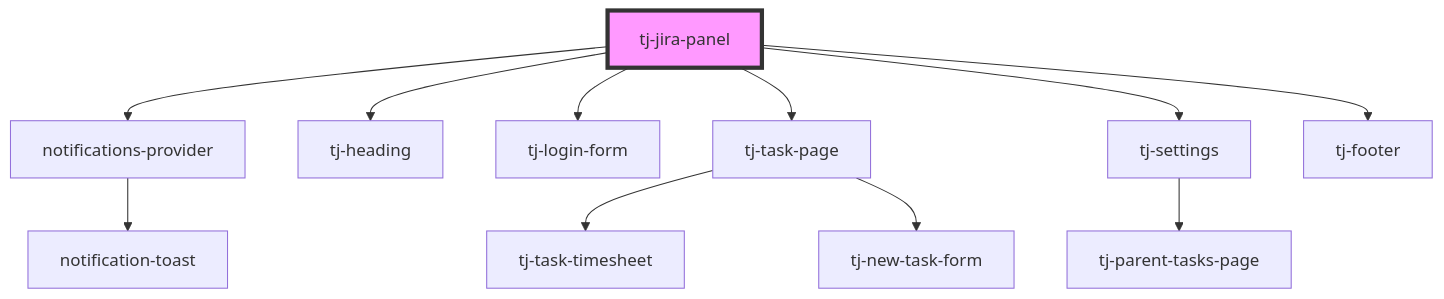
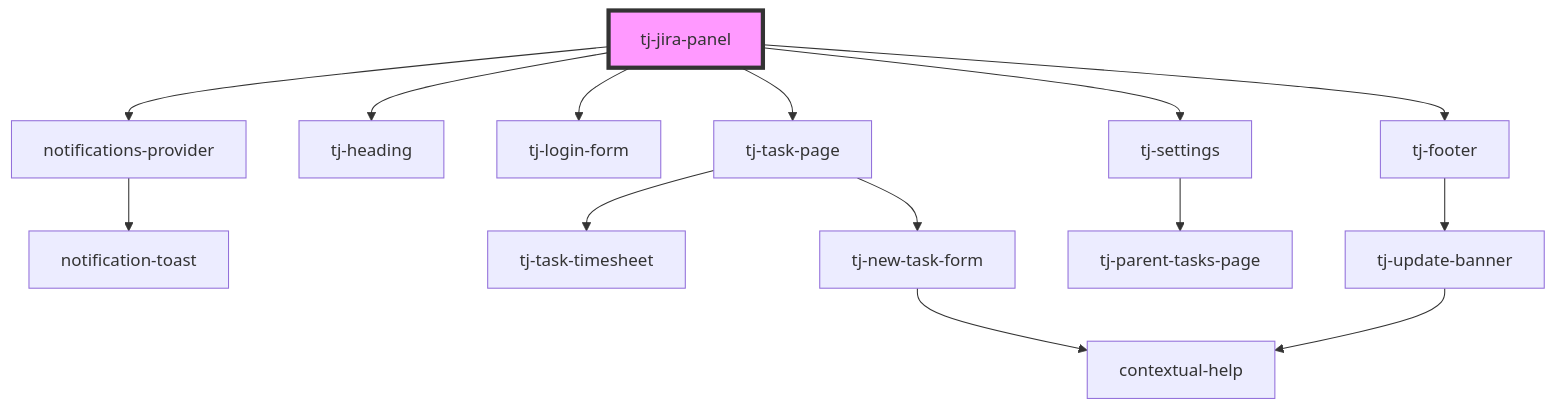
The diagram in src/components/tj-jira-panel/readme.md (davids-ensemble/tj-jira-panel), drawn with Mermaid before and after one commit. The commit also changed other lines of this file and 7 other files, not shown here.

````diff
--- a/src/components/tj-jira-panel/readme.md
+++ b/src/components/tj-jira-panel/readme.md
@@ -28,14 +29,17 @@
 ```mermaid
 graph TD;
   tj-jira-panel --> notifications-provider
   tj-jira-panel --> tj-heading
   tj-jira-panel --> tj-login-form
   tj-jira-panel --> tj-task-page
   tj-jira-panel --> tj-settings
   tj-jira-panel --> tj-footer
   notifications-provider --> notification-toast
   tj-task-page --> tj-task-timesheet
   tj-task-page --> tj-new-task-form
+  tj-new-task-form --> contextual-help
   tj-settings --> tj-parent-tasks-page
+  tj-footer --> tj-update-banner
+  tj-update-banner --> contextual-help
   style tj-jira-panel fill:#f9f,stroke:#333,stroke-width:4px
 ```
````
